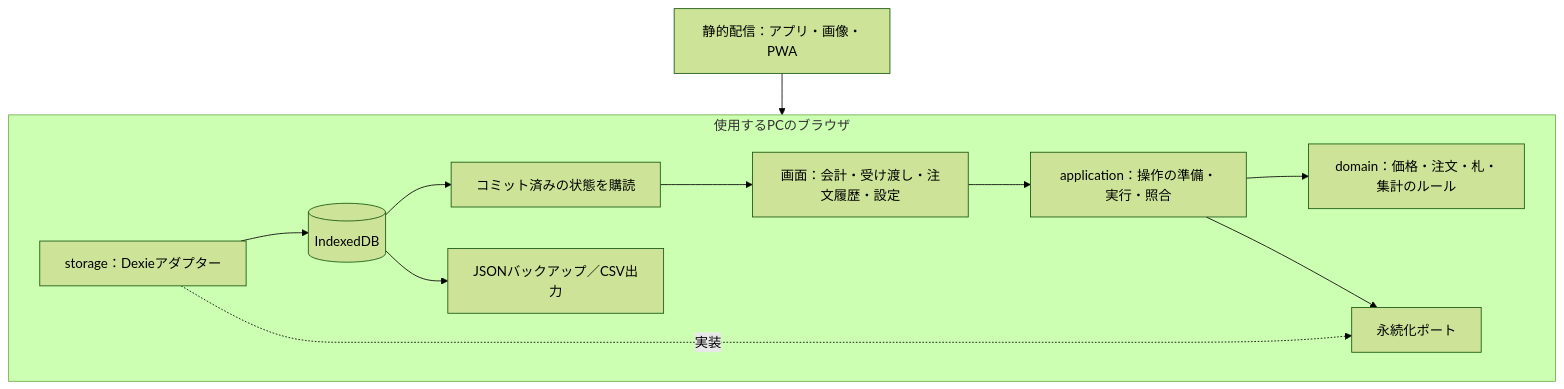
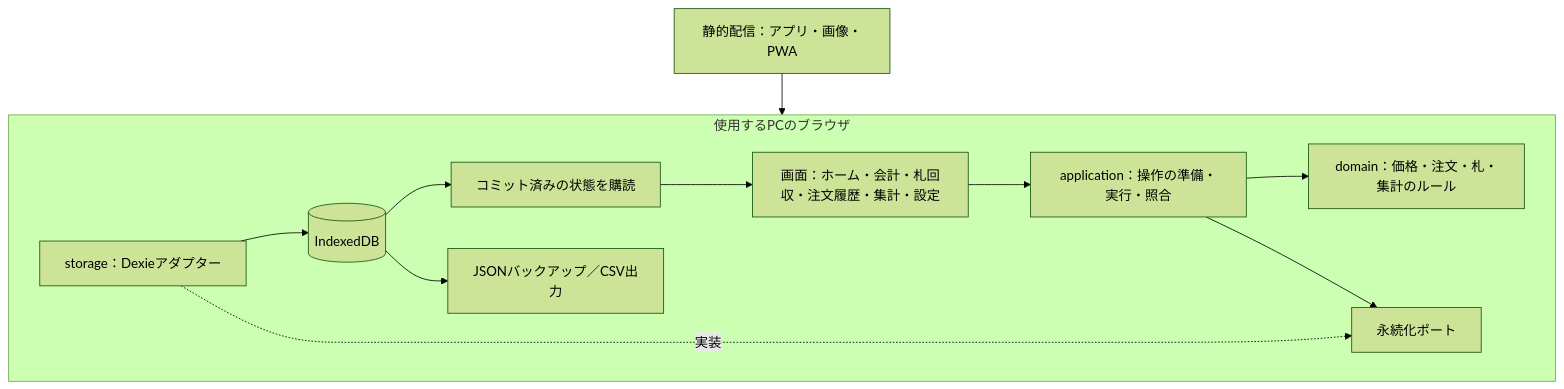
Before and after one commit to 97kuek/yakitoriningen: the diagram in docs/architecture.md, drawn with Mermaid (forest theme). The commit also changed other lines of this file and 5 other files, not shown here.

````diff
--- a/docs/architecture.md
+++ b/docs/architecture.md
@@ -9,14 +9,14 @@
 ```mermaid
 flowchart TD
     host["静的配信：アプリ・画像・PWA"] --> browser
     subgraph browser[使用するPCのブラウザ]
-        ui["画面：会計・受け渡し・注文履歴・設定"] --> application["application：操作の準備・実行・照合"]
+        ui["画面：ホーム・会計・札回収・注文履歴・集計・設定"] --> application["application：操作の準備・実行・照合"]
         application --> domain["domain：価格・注文・札・集計のルール"]
         application --> ports["永続化ポート"]
         adapter["storage：Dexieアダプター"] -. 実装 .-> ports
         adapter --> db[(IndexedDB)]
         db --> committed["コミット済みの状態を購読"]
         committed --> ui
         db --> backup["JSONバックアップ／CSV出力"]
     end
 ```
````
